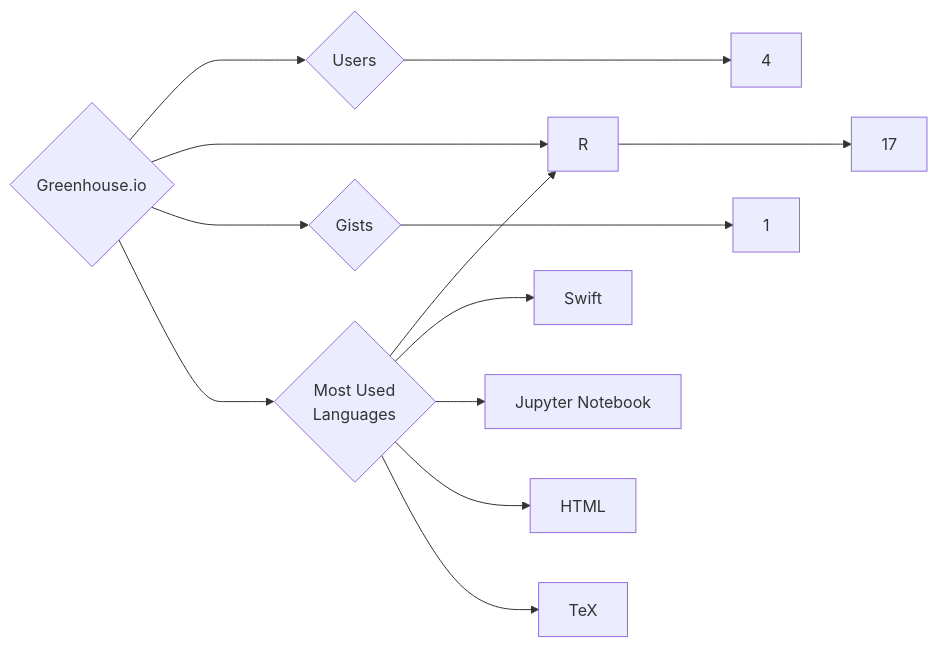
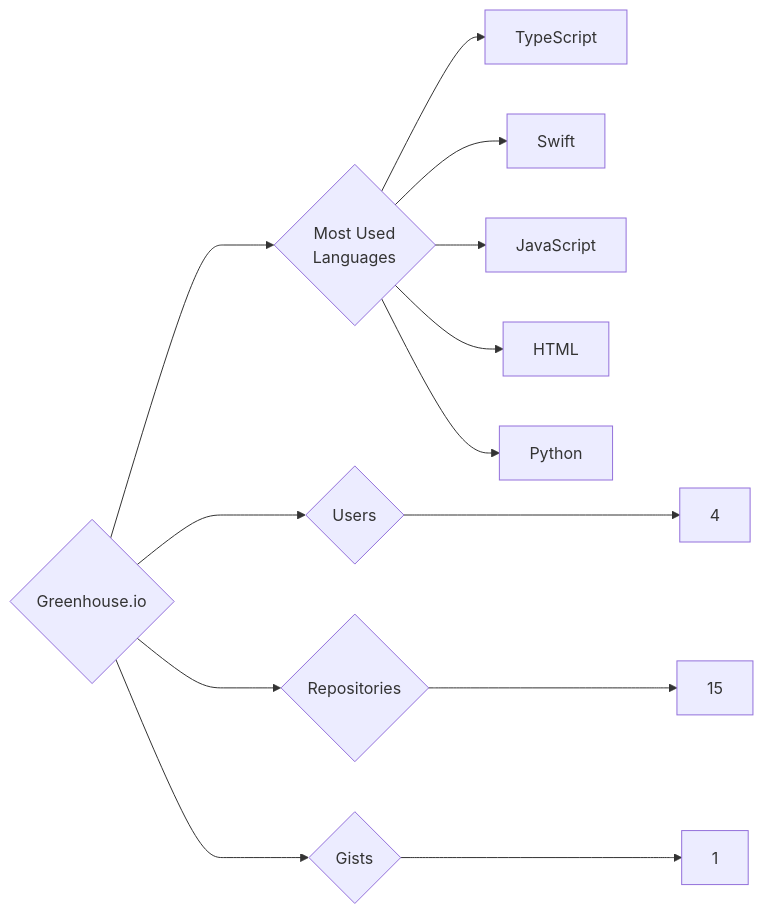
One commit to trickest/insiders changed the diagram in targets/Greenhouse.io/README.md. Above: the diagram before and after it, drawn with Mermaid. The commit also changed 1003 other files, not shown here.

````diff
--- a/targets/Greenhouse.io/README.md
+++ b/targets/Greenhouse.io/README.md
@@ -3,13 +3,13 @@
 ```mermaid
 graph LR
 COMPANY_NAME{Greenhouse.io}
 COMPANY_NAME ---> U{Users} ---> UN[4]
-COMPANY_NAME ---> R{Repositories} ---> RN[17]
+COMPANY_NAME ---> R{Repositories} ---> RN[15]
 COMPANY_NAME ---> G{Gists} ---> GN[1]
 COMPANY_NAME ---> ML{Most Used<br>Languages}
-ML --> R[R]
+ML --> TypeScript[TypeScript]
 ML --> Swift[Swift]
-ML --> Jupyter_Notebook[Jupyter Notebook]
+ML --> JavaScript[JavaScript]
 ML --> HTML[HTML]
-ML --> TeX[TeX]
+ML --> Python[Python]
 ```
````
